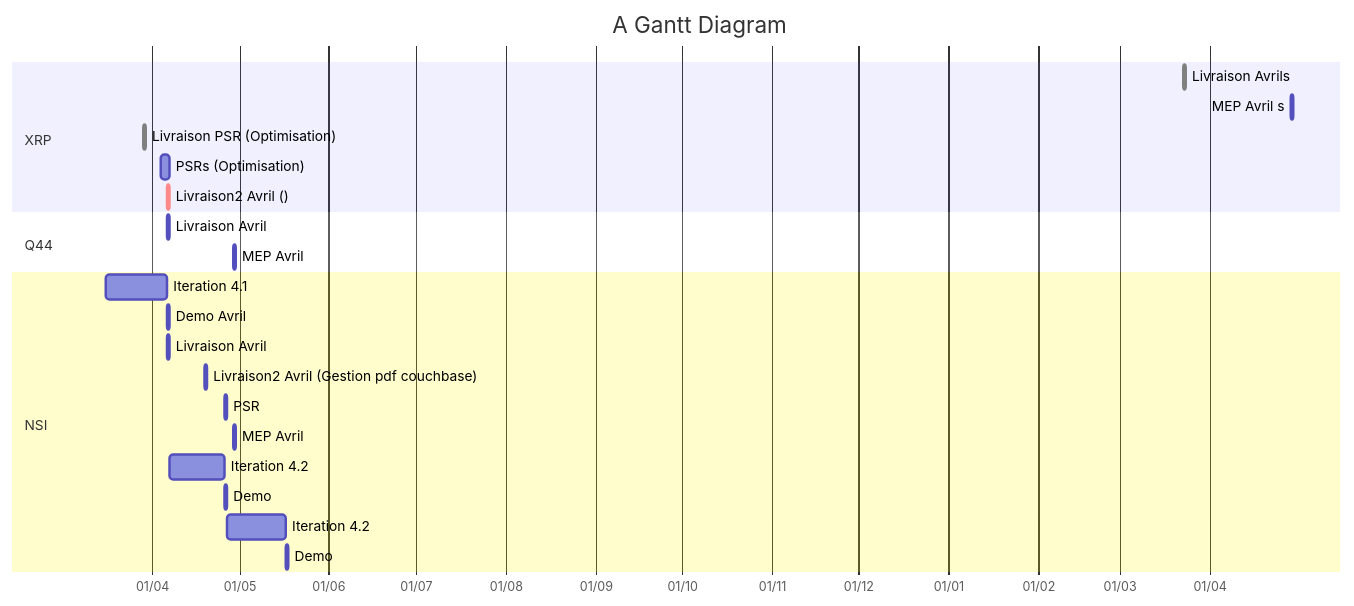
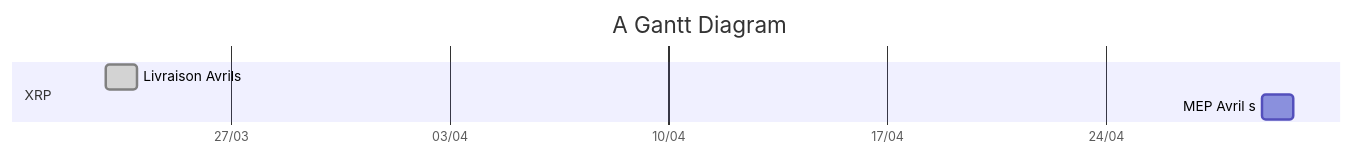
Before and after one commit to mohamedelmourabit/xpr2: the diagram in x.md, drawn with Mermaid.

````diff
--- a/x.md
+++ b/x.md
@@ -3,31 +3,12 @@
 ```mermaid
 gantt
     title A Gantt Diagram
     dateFormat  DD/MM/YYYY
     axisFormat  %d/%m
     
     section XRP
     Livraison Avrils    : done, 23/03/2022, 1d
     MEP Avril s          : 29/04/2022, 1d
-    Livraison PSR (Optimisation)    : done, 29/03/2021, 1d
-    PSRs (Optimisation)              : 04/04/2021, 3d
-    %% release/s :
-    Livraison2 Avril ()    : crit, 06/04/2021, 1d
-    
-    section Q44
-    Livraison Avril         : 06/04/2021, 1d
-    MEP Avril               : 29/04/2021, 1d
-    
-    section NSI
-    Iteration 4.1           : 16/03/2021, 06/04/2021
-    Demo Avril              : 06/04/2021, 1d
-    Livraison Avril         : 06/04/2021, 1d
-    Livraison2 Avril (Gestion pdf couchbase)        : 19/04/2021, 1d
-    PSR                     : 26/04/2021, 1d
-    MEP Avril               : 29/04/2021, 1d
-    Iteration 4.2           : 07/04/2021, 26/04/2021
-    Demo                    : 26/04/2021, 1d
-    Iteration 4.2           : 27/04/2021, 17/05/2021
-    Demo                    : 17/05/2021, 1d
+   
 
 ```
````
